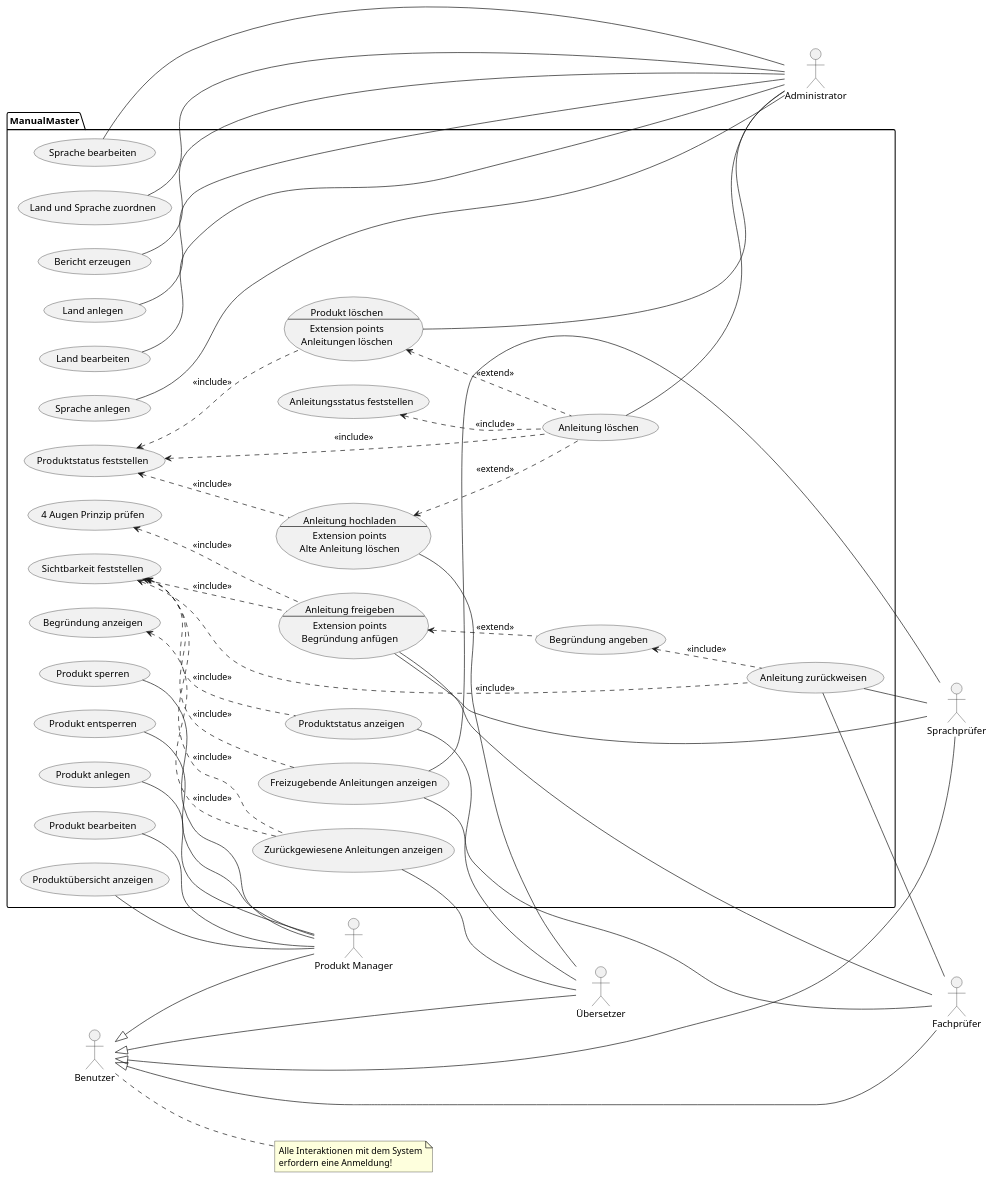
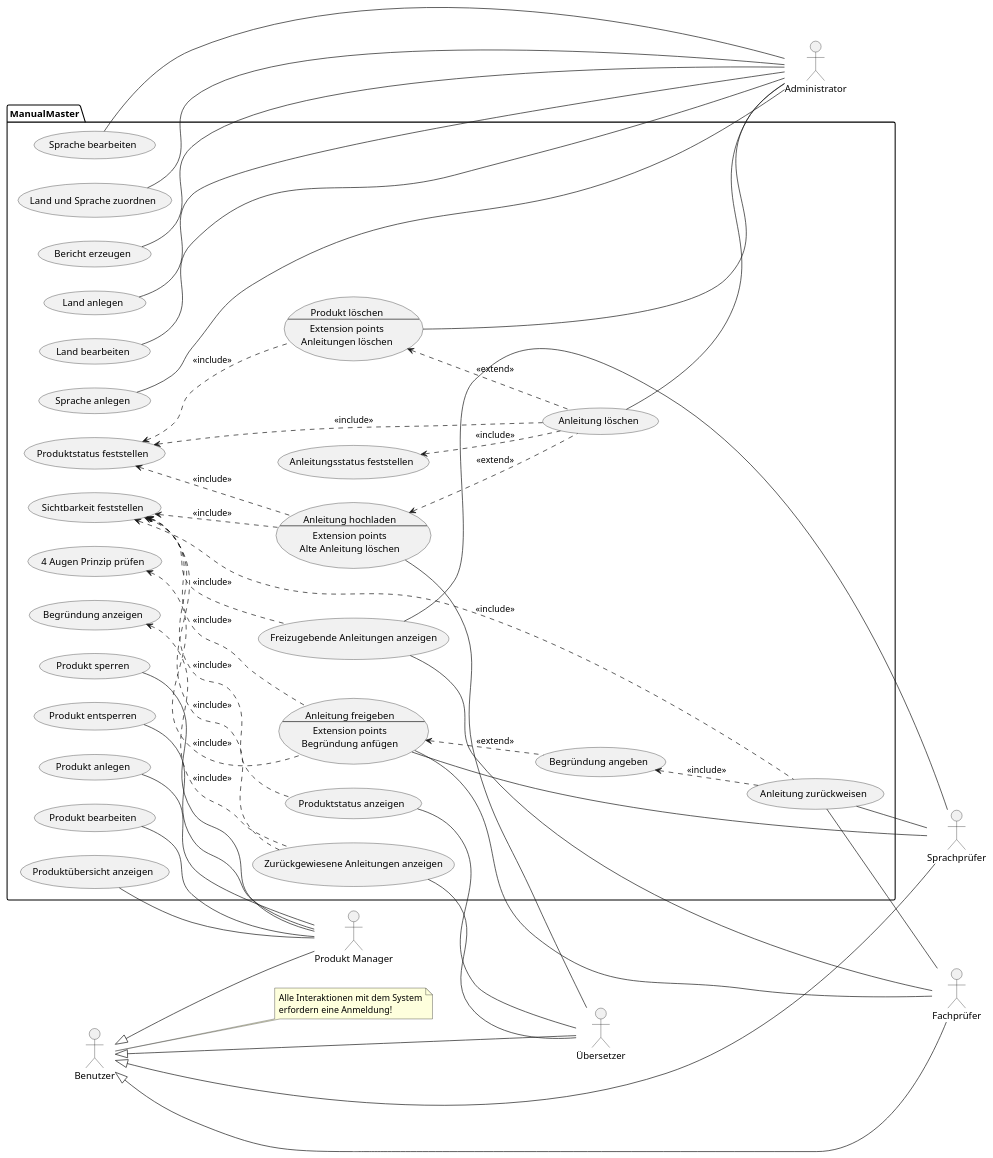
Before and after one commit to SgtMate/ManualMaster_UML: the diagram in Use-Case-Modell.pu, drawn with PlantUML. The commit also changed 1 other file, not shown here.

```diff
--- a/Use-Case-Modell.pu
+++ b/Use-Case-Modell.pu
@@ -1,110 +1,111 @@
 @startuml Aufgabe_3a
 'Akteure
 actor :Produkt Manager: as PM
 actor :Übersetzer: as UE
 actor :Sprachprüfer: as SP
 actor :Fachprüfer: as FP
 actor :Benutzer: as B
 note "Alle Interaktionen mit dem System\nerfordern eine Anmeldung!" as Note1
 B .. Note1
 actor :Administrator: as A
 
 B <|-- PM
 B <|-- UE
 B <|-- SP
 B <|-- FP
 
 'TODO: Begrüdungen für Extends anfügen!!!
 package ManualMaster {
 'Use Cases
 usecase "Produkt anlegen" as PA
 usecase "Produkt bearbeiten" as PB
 usecase PL as "Produkt löschen
 --
 Extension points
 Anleitungen löschen"
 usecase "Land anlegen" as LA
 usecase "Land bearbeiten" as LB
 usecase "Sprache anlegen" as SA
 usecase "Sprache bearbeiten" as SB
 usecase "Land und Sprache zuordnen" as LS
 usecase AH as "Anleitung hochladen
 --
 Extension points
 Alte Anleitung löschen"
 usecase "Anleitung löschen" as AL
 PL <.. AL : <<extend>>
 AH <.. AL : <<extend>>
 usecase "Freizugebende Anleitungen anzeigen" as AA
 usecase AF as "Anleitung freigeben
 --
 Extension points
 Begründung anfügen"
 usecase "Anleitung zurückweisen" as AR
 usecase "Produktstatus anzeigen" as PS
 usecase "Zurückgewiesene Anleitungen anzeigen" as ZA
 usecase "Produktübersicht anzeigen" as PU
 usecase "Produkt sperren" as SP2
 usecase "Produkt entsperren" as EP
 usecase "Bericht erzeugen" as BE
 left to right direction
 'Include und Extend
 usecase "Sichtbarkeit feststellen" as SF
 SF <.. AA : <<include>>
 SF <.. AF : <<include>>
 SF <.. AR : <<include>>
 SF <.. PS : <<include>>
 SF <.. ZA : <<include>>
+SF <.. AH : <<include>>
 usecase "4 Augen Prinzip prüfen" as 4AP
 4AP <.. AF : <<include>>
 usecase "Begründung angeben" as BA
 BA <.. AR : <<include>>
 AF <.. BA : <<extend>>
 usecase "Begründung anzeigen" as BA2
 BA2 <.. ZA : <<include>>
 usecase "Produktstatus feststellen" as PS2
 PS2 <.. AH : <<include>>
 PS2 <.. AL : <<include>>
 PS2 <.. PL : <<include>>
 usecase "Anleitungsstatus feststellen" as AS
 AS <.. AL : <<include>>
 'Anmelden wird nicht gezeigt, da es zu unübersichtlich wird! (siehe Anmerkung oben)
 'usecase "Anmelden" as AM
 'AM <.. PA : <<include>>
 'AM <.. PB : <<include>>
 'AM <.. AH : <<include>>
 'AM <.. AA : <<include>>
 'AM <.. AF : <<include>>
 'AM <.. AR : <<include>>
 'AM <.. PS : <<include>>
 'AM <.. ZA : <<include>>
 'AM <.. PU : <<include>>
 'AM <.. SP2 : <<include>>
 'AM <.. EP : <<include>>
 
 'Assoziationen
 PA -- PM
 PB -- PM
 LA -- A
 LB -- A
 SA -- A
 SB -- A
 AH -- UE
 AA -- SP
 AA -- FP
 AF -- SP
 AF -- FP
 AR -- SP
 AR -- FP
 PS -- UE
 ZA -- UE
 PU -- PM
 SP2 -- PM
 EP -- PM
 'AM -- B
 BE -- A
 AL -- A
 PL -- A
 LS -- A
 }
 @enduml
```
